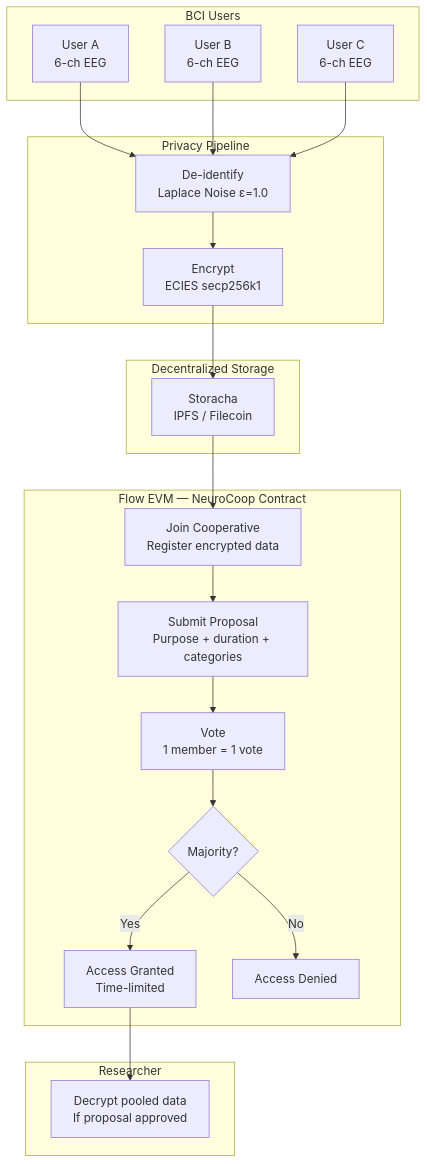
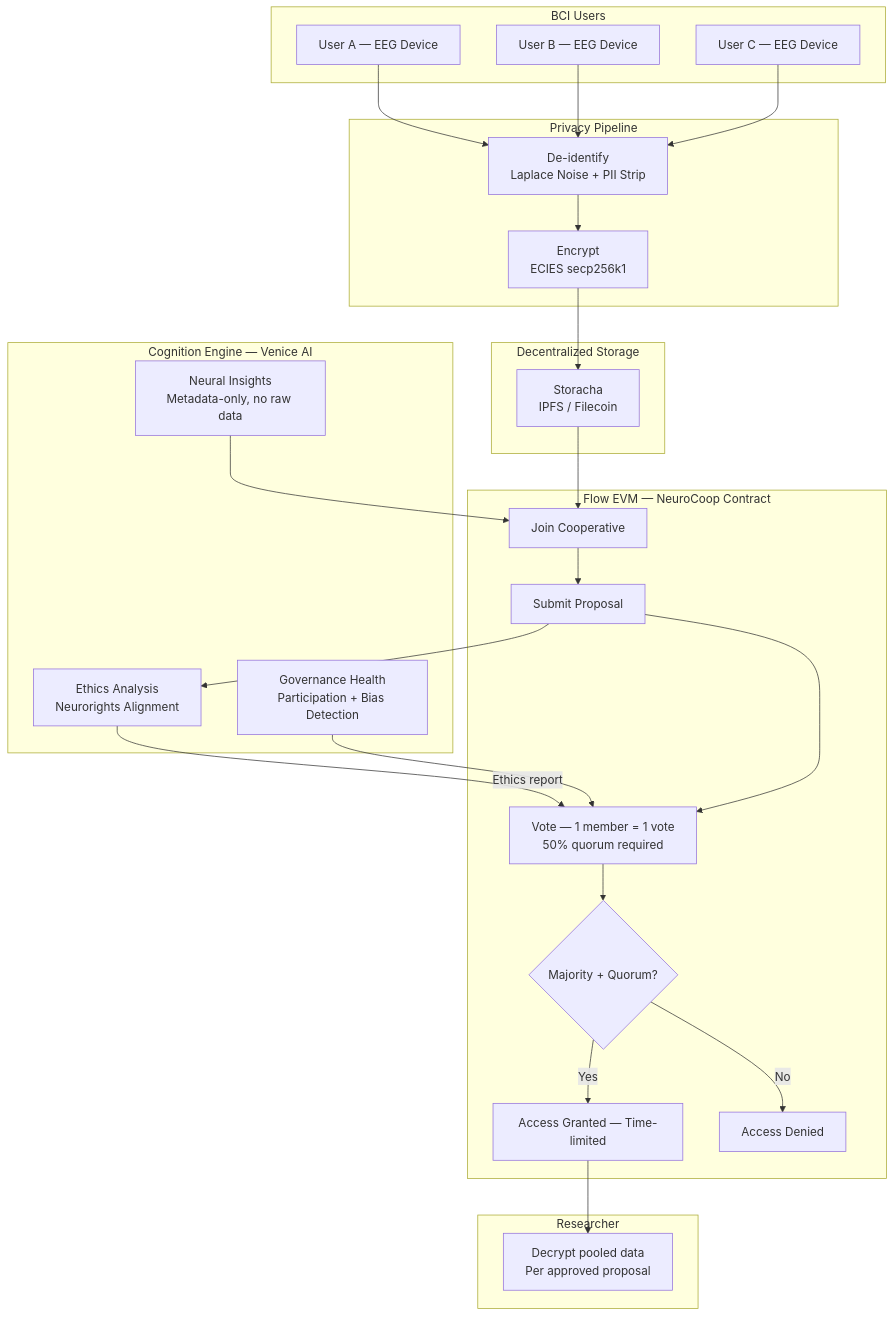
One commit to geeythree/NeuroCoop changed the diagram in README.md. Above: the diagram before and after it, drawn with Mermaid. The commit also changed other lines of this file and 15 other files, not shown here.

First line of the commit message:
Migrate to Filecoin FVM, add Cognition Engine, fix auth and Storacha

````diff
--- a/README.md
+++ b/README.md
@@ -39,43 +50,53 @@
 ```mermaid
 graph TB
     subgraph "BCI Users"
-        A[User A<br/>6-ch EEG]
-        B[User B<br/>6-ch EEG]
-        C[User C<br/>6-ch EEG]
+        A[User A — EEG Device]
+        B[User B — EEG Device]
+        C[User C — EEG Device]
     end
 
     subgraph "Privacy Pipeline"
-        D[De-identify<br/>Laplace Noise ε=1.0]
+        D[De-identify<br/>Laplace Noise + PII Strip]
         E[Encrypt<br/>ECIES secp256k1]
     end
 
     subgraph "Decentralized Storage"
         F[Storacha<br/>IPFS / Filecoin]
     end
 
+    subgraph "Cognition Engine — Venice AI"
+        G[Ethics Analysis<br/>Neurorights Alignment]
+        H[Neural Insights<br/>Metadata-only, no raw data]
+        I[Governance Health<br/>Participation + Bias Detection]
+    end
+
     subgraph "Flow EVM — NeuroCoop Contract"
-        G[Join Cooperative<br/>Register encrypted data]
-        H[Submit Proposal<br/>Purpose + duration + categories]
-        I[Vote<br/>1 member = 1 vote]
-        J{Majority?}
-        K[Access Granted<br/>Time-limited]
-        L[Access Denied]
+        J[Join Cooperative]
+        K[Submit Proposal]
+        L[Vote — 1 member = 1 vote<br/>50% quorum required]
+        M{Majority + Quorum?}
+        N[Access Granted — Time-limited]
+        O[Access Denied]
     end
 
     subgraph "Researcher"
-        M[Decrypt pooled data<br/>If proposal approved]
+        P[Decrypt pooled data<br/>Per approved proposal]
     end
 
     A --> D
     B --> D
     C --> D
     D --> E
     E --> F
-    F --> G
-    G --> H
-    H --> I
-    I --> J
-    J -->|Yes| K
-    J -->|No| L
-    K --> M
+    F --> J
+    K --> G
+    G -->|Ethics report| L
+    J --> K
+    K --> L
+    L --> M
+    M -->|Yes| N
+    M -->|No| O
+    N --> P
+    H --> J
+    I --> L
 ```
````
